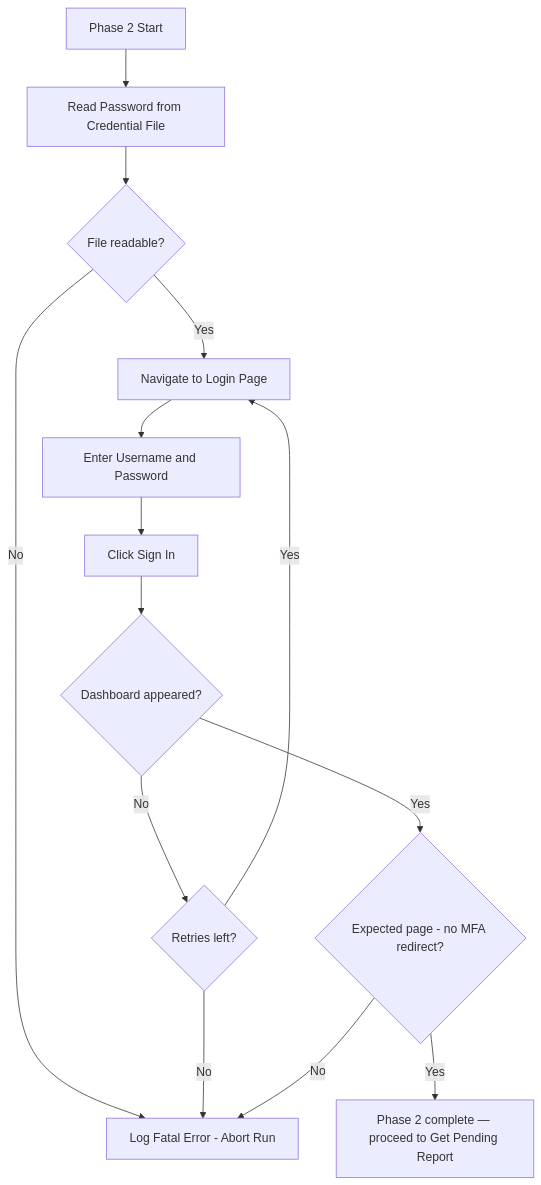
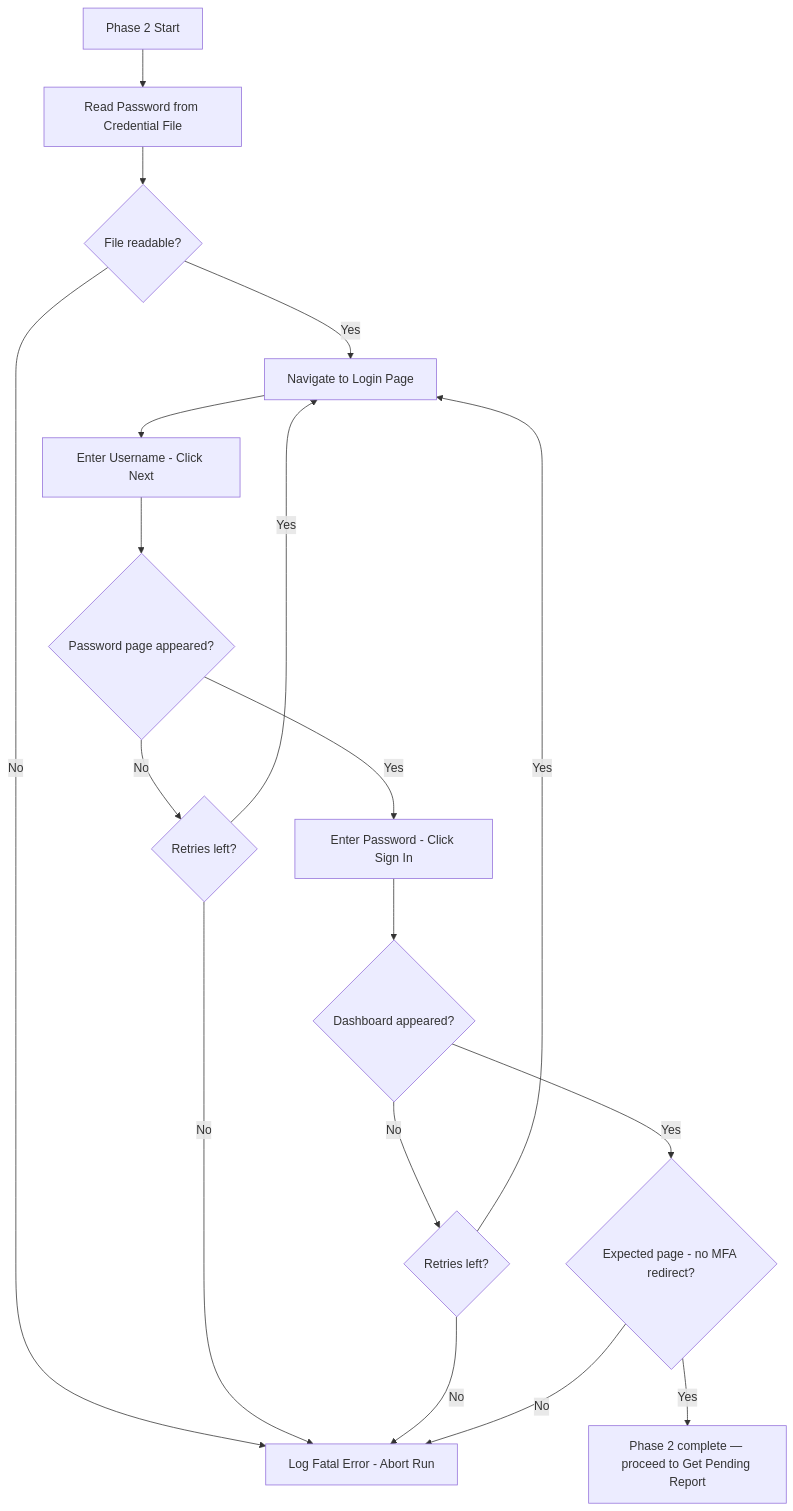
Before and after one commit to vitep111/RPA: the second of 2 diagrams in concur-cash-advance-bot/docs/medium-level-design.md, drawn with Mermaid. The commit also changed other lines of this file, not shown here.

Commit message:
docs: update Phase 2/6 login to two-step page flow (username then password)
Claude-Session: https://claude.ai/code/session_011jknFwXg7mrAULgEwE12Pf

````diff
--- a/concur-cash-advance-bot/docs/medium-level-design.md
+++ b/concur-cash-advance-bot/docs/medium-level-design.md
@@ -95,16 +97,20 @@
 ```mermaid
 graph TD
     A[Phase 2 Start] --> B[Read Password from Credential File]
     B --> C{File readable?}
     C -->|No| FATAL[Log Fatal Error - Abort Run]
     C -->|Yes| D[Navigate to Login Page]
-    D --> E[Enter Username and Password]
-    E --> F[Click Sign In]
-    F --> G{Dashboard appeared?}
-    G -->|No| H{Retries left?}
+    D --> E[Enter Username - Click Next]
+    E --> F{Password page appeared?}
+    F -->|No| H{Retries left?}
     H -->|Yes| D
     H -->|No| FATAL
-    G -->|Yes| I{Expected page - no MFA redirect?}
-    I -->|No| FATAL
-    I -->|Yes| J[Phase 2 complete — proceed to Get Pending Report]
+    F -->|Yes| G[Enter Password - Click Sign In]
+    G --> I{Dashboard appeared?}
+    I -->|No| H2{Retries left?}
+    H2 -->|Yes| D
+    H2 -->|No| FATAL
+    I -->|Yes| K{Expected page - no MFA redirect?}
+    K -->|No| FATAL
+    K -->|Yes| J[Phase 2 complete — proceed to Get Pending Report]
 ```
````
